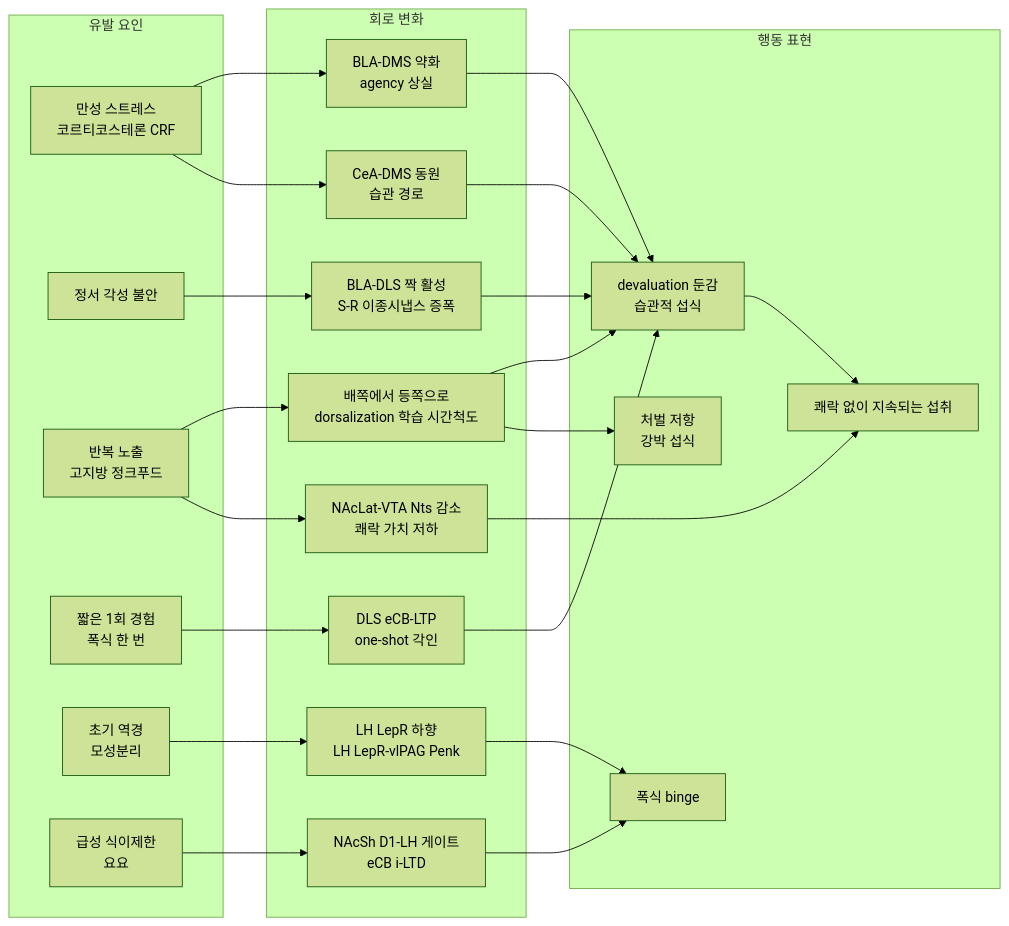
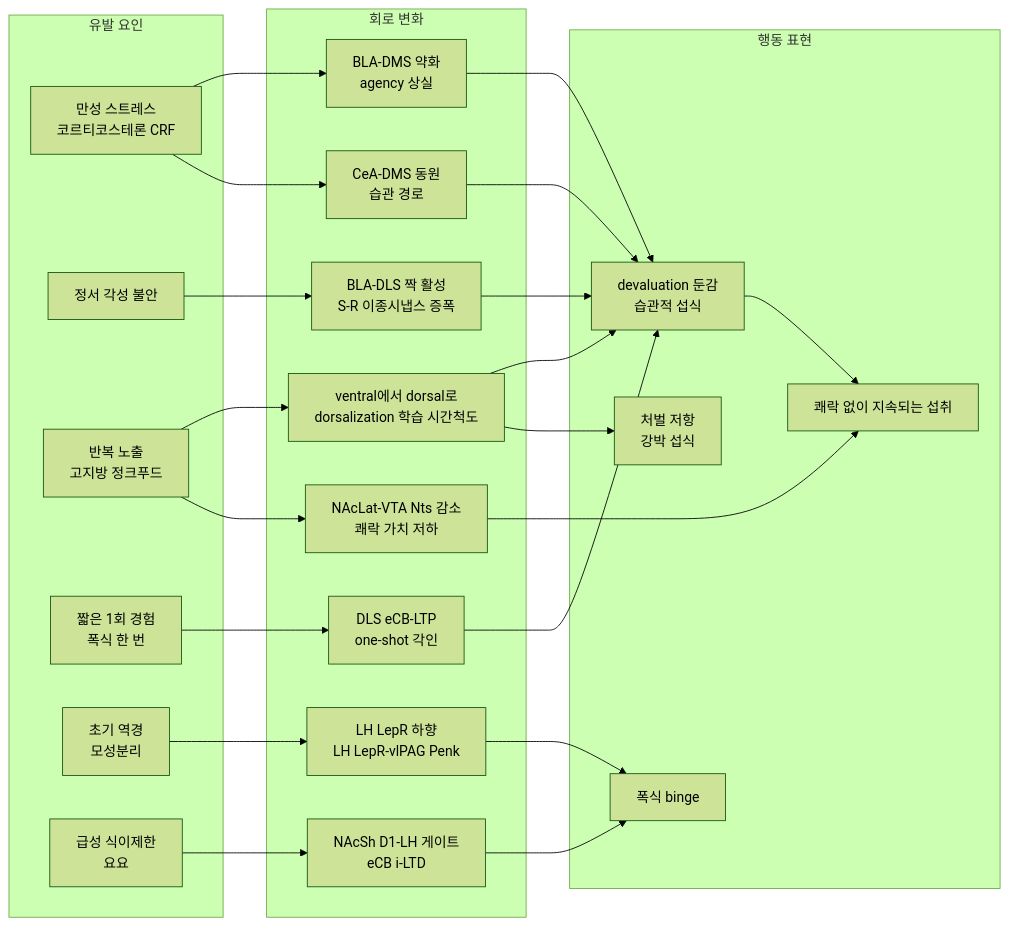
The diagram in content/concept-habit.md (hjchoiSNU/llm-wiki), drawn with Mermaid (forest theme) before and after one commit. The commit also changed other lines of this file and 449 other files, not shown here.

````diff
--- a/content/concept-habit.md
+++ b/content/concept-habit.md
@@ -140,45 +140,45 @@
 ```mermaid
 flowchart LR
   subgraph TRIG["유발 요인"]
     ST["만성 스트레스<br/>코르티코스테론 CRF"]
     EM["정서 각성 불안"]
     REP["반복 노출<br/>고지방 정크푸드"]
     ONE["짧은 1회 경험<br/>폭식 한 번"]
     ELA["초기 역경<br/>모성분리"]
     RES["급성 식이제한<br/>요요"]
   end
   subgraph CIRC["회로 변화"]
     A1["BLA-DMS 약화<br/>agency 상실"]
     A2["CeA-DMS 동원<br/>습관 경로"]
     B1["BLA-DLS 짝 활성<br/>S-R 이종시냅스 증폭"]
-    C1["배쪽에서 등쪽으로<br/>dorsalization 학습 시간척도"]
+    C1["ventral에서 dorsal로<br/>dorsalization 학습 시간척도"]
     D1["DLS eCB-LTP<br/>one-shot 각인"]
     E1["LH LepR 하향<br/>LH LepR-vlPAG Penk"]
     F1["NAcSh D1-LH 게이트<br/>eCB i-LTD"]
     G1["NAcLat-VTA Nts 감소<br/>쾌락 가치 저하"]
   end
   subgraph OUTP["행동 표현"]
     H["devaluation 둔감<br/>습관적 섭식"]
     CMP["처벌 저항<br/>강박 섭식"]
     BIN["폭식 binge"]
     PER["쾌락 없이 지속되는 섭취"]
   end
   ST --> A1
   ST --> A2
   EM --> B1
   REP --> C1
   REP --> G1
   ONE --> D1
   ELA --> E1
   RES --> F1
   A1 --> H
   A2 --> H
   B1 --> H
   C1 --> H
   C1 --> CMP
   D1 --> H
   E1 --> BIN
   F1 --> BIN
   G1 --> PER
   H --> PER
 ```
````
